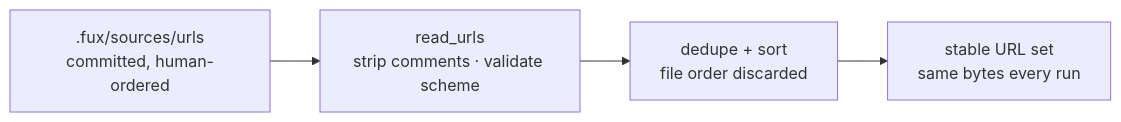
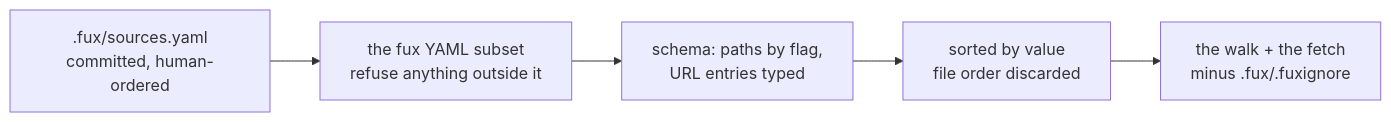
One commit to arpitarya/fux changed the diagram in records/0116_url-list.md. Above: the diagram before and after it, drawn with Mermaid. The commit also changed other lines of this file and 249 other files, not shown here.

First line of the commit message:
feat(w294): one .fux/sources.yaml; .fuxignore the only exclusion

````diff
--- a/records/0116_url-list.md
+++ b/records/0116_url-list.md
@@ -82,6 +91,7 @@
 ```mermaid
 flowchart LR
-    F[".fux/sources/urls<br/>committed, human-ordered"] --> P["read_urls<br/>strip comments · validate scheme"]
-    P --> S["dedupe + sort<br/>file order discarded"]
-    S --> R["stable URL set<br/>same bytes every run"]
+    F[".fux/sources.yaml<br/>committed, human-ordered"] --> Y["the fux YAML subset<br/>refuse anything outside it"]
+    Y --> S["schema: paths by flag,<br/>URL entries typed"]
+    S --> O["sorted by value<br/>file order discarded"]
+    O --> W["the walk + the fetch<br/>minus .fux/.fuxignore"]
 ```
````
